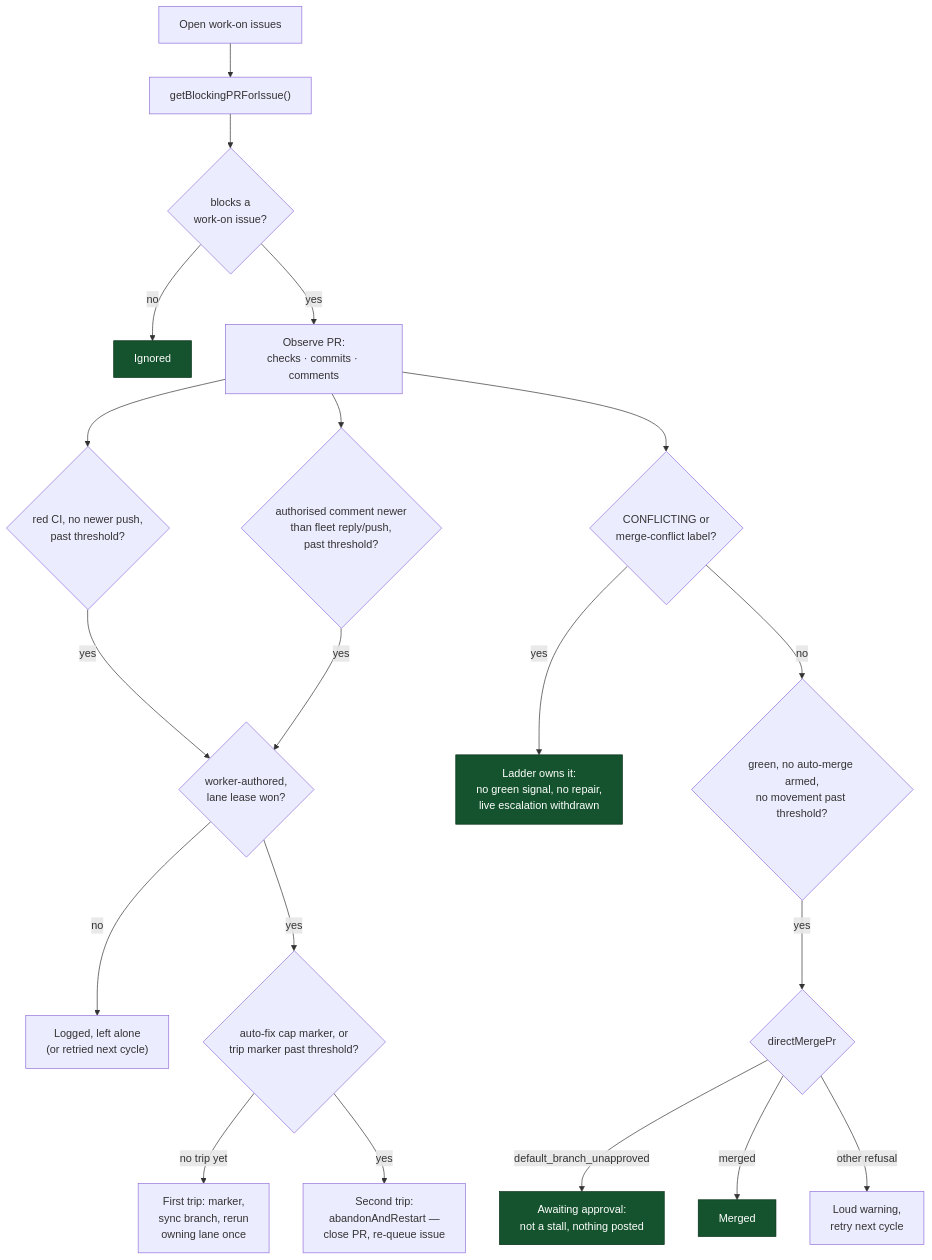
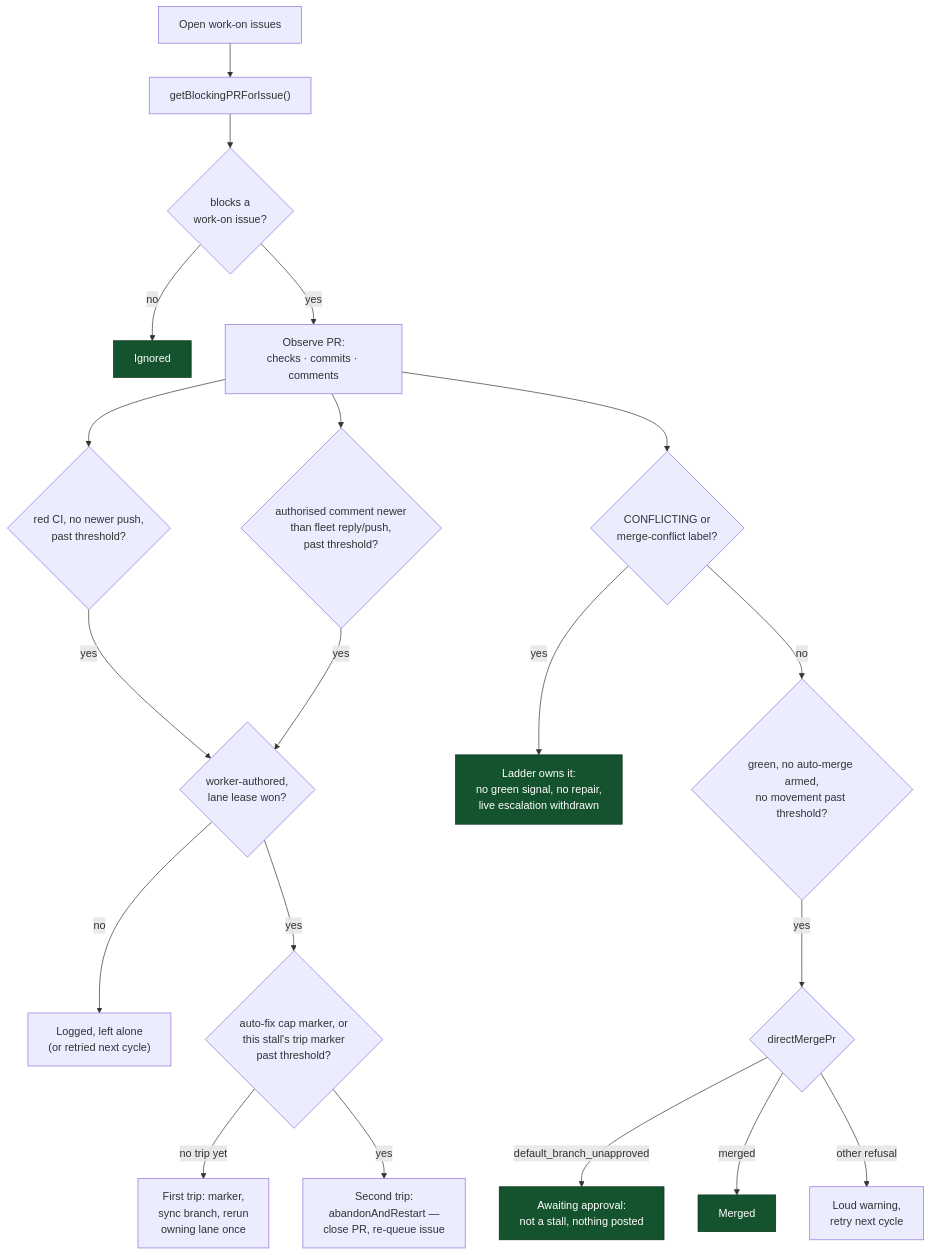
Diagram 25 of 27 in docs/CONFIGURATION.md (stSoftwareAU/VibeCoder), drawn with Mermaid before and after one commit. The commit also changed other lines of this file and 4 other files, not shown here.

First line of the commit message:
Fix: scope a stall-repair trip marker to its own stall; test onlyPrNumber (Issue #2802)

````diff
--- a/docs/CONFIGURATION.md
+++ b/docs/CONFIGURATION.md
@@ -4685,26 +4692,26 @@
 ```mermaid
 flowchart TD
     A["Open work-on issues"] --> B["getBlockingPRForIssue()"]
     B --> C{"blocks a<br/>work-on issue?"}
     C -->|no| D["Ignored"]
     C -->|yes| E["Observe PR:<br/>checks · commits · comments"]
     E --> F{"red CI, no newer push,<br/>past threshold?"}
     E --> G{"authorised comment newer<br/>than fleet reply/push,<br/>past threshold?"}
     E --> L{"CONFLICTING or<br/>merge-conflict label?"}
     L -->|yes| N["Ladder owns it:<br/>no green signal, no repair,<br/>live escalation withdrawn"]
     L -->|no| M{"green, no auto-merge armed,<br/>no movement past threshold?"}
     M -->|yes| P{"directMergePr"}
     P -->|default_branch_unapproved| Q["Awaiting approval:<br/>not a stall, nothing posted"]
     P -->|merged| R["Merged"]
     P -->|other refusal| S["Loud warning,<br/>retry next cycle"]
     F -->|yes| W
     G -->|yes| W{"worker-authored,<br/>lane lease won?"}
     W -->|no| X["Logged, left alone<br/>(or retried next cycle)"]
-    W -->|yes| K{"auto-fix cap marker, or<br/>trip marker past threshold?"}
+    W -->|yes| K{"auto-fix cap marker, or<br/>this stall's trip marker<br/>past threshold?"}
     K -->|no trip yet| H["First trip: marker,<br/>sync branch, rerun<br/>owning lane once"]
     K -->|yes| J["Second trip:<br/>abandonAndRestart —<br/>close PR, re-queue issue"]
     style D fill:#14532d,stroke:#052e16,color:#fff
     style N fill:#14532d,stroke:#052e16,color:#fff
     style Q fill:#14532d,stroke:#052e16,color:#fff
     style R fill:#14532d,stroke:#052e16,color:#fff
 ```
````
